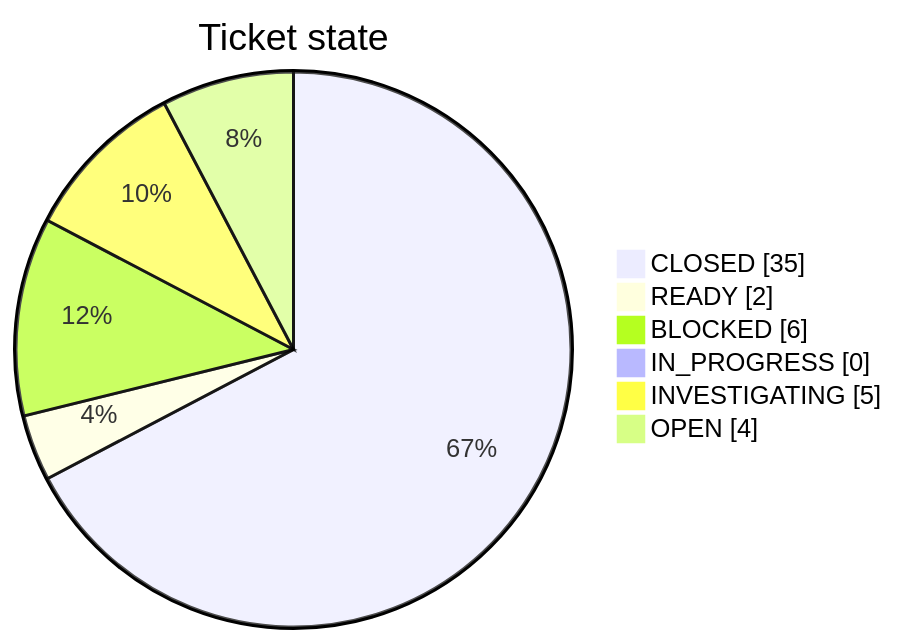
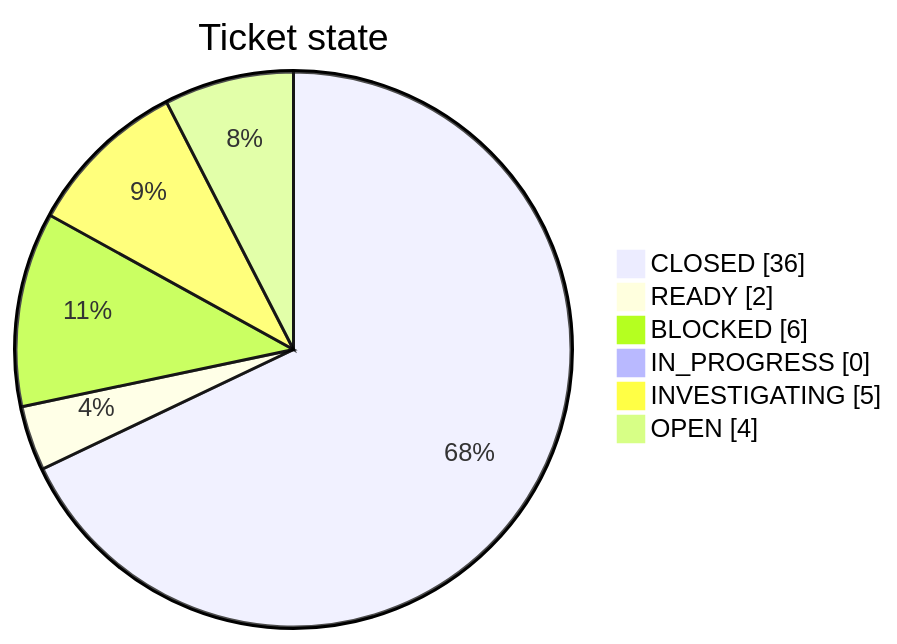
Before and after one commit to TECHSCHOLAR777/SINGLE-CHANNEL-SPEECH-SEPARATION-PROJECT: the first of 2 diagrams in docs/restoration/ISSUE_LEDGER.md, drawn with Mermaid. The commit also changed other lines of this file and 2 other files, not shown here.

````diff
--- a/docs/restoration/ISSUE_LEDGER.md
+++ b/docs/restoration/ISSUE_LEDGER.md
@@ -94,10 +95,10 @@
 ```mermaid
 pie showData
     title Ticket state
-    "CLOSED" : 35
+    "CLOSED" : 36
     "READY" : 2
     "BLOCKED" : 6
     "IN_PROGRESS" : 0
     "INVESTIGATING" : 5
     "OPEN" : 4
 ```
````
